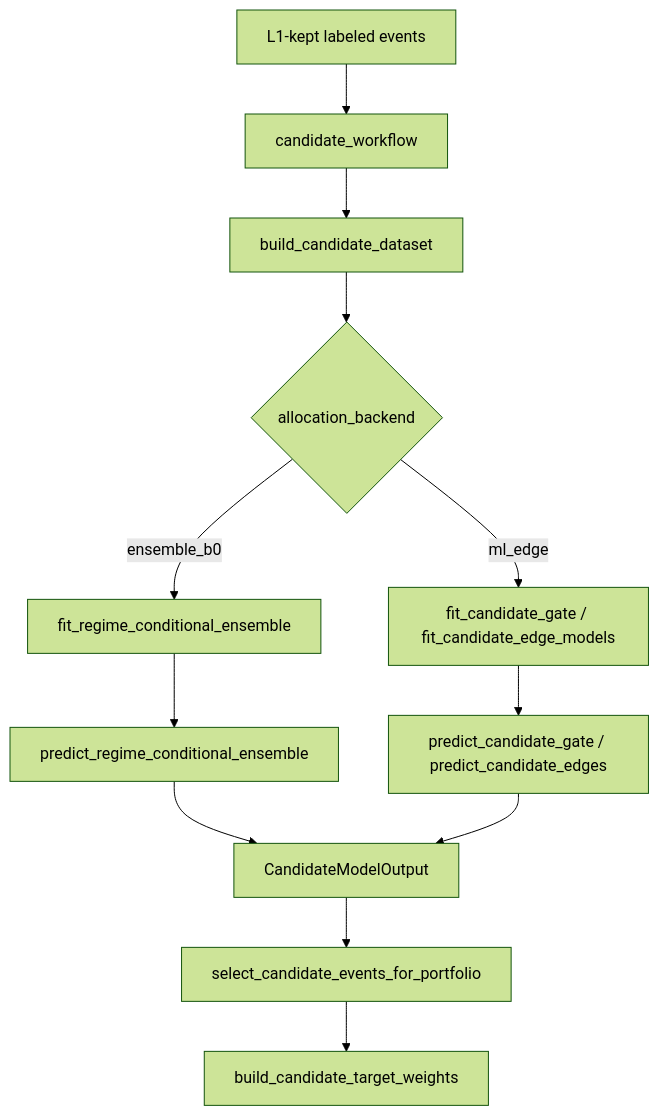
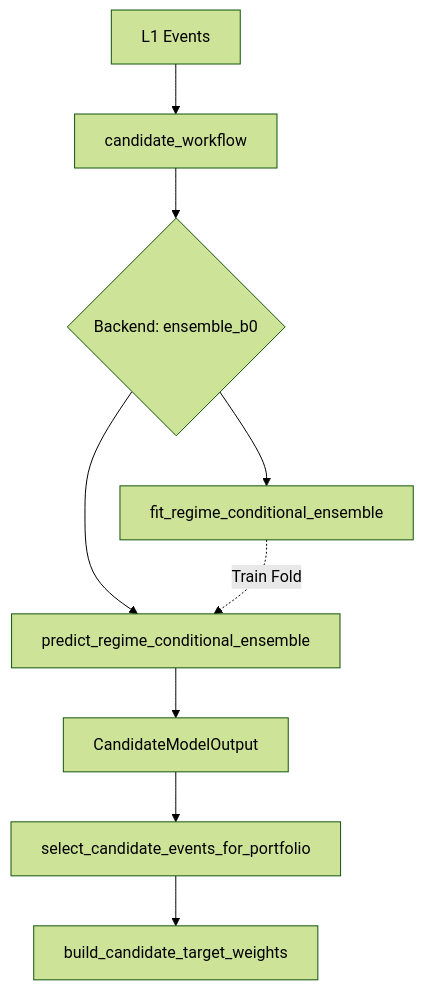
Before and after one commit to KTHYEONG/crypto-pilot: the diagram in docs/architecture/allocation.md, drawn with Mermaid (forest theme). The commit also changed other lines of this file and 1 other file, not shown here.

First line of the commit message:
docs(architecture): 아키텍처 문서 포맷 고도화 (allocation, signal)

````diff
--- a/docs/architecture/allocation.md
+++ b/docs/architecture/allocation.md
@@ -47,14 +52,11 @@
 ```mermaid
 graph TD
-    A[L1-kept labeled events] --> B[candidate_workflow]
-    B --> C[build_candidate_dataset]
-    C --> D{allocation_backend}
-    D -->|ensemble_b0| E[fit_regime_conditional_ensemble]
-    D -->|ml_edge| F[fit_candidate_gate / fit_candidate_edge_models]
-    E --> G[predict_regime_conditional_ensemble]
-    F --> H[predict_candidate_gate / predict_candidate_edges]
-    G --> I[CandidateModelOutput]
-    H --> I
-    I --> J[select_candidate_events_for_portfolio]
-    J --> K[build_candidate_target_weights]
+    A[L1 Events] --> B[candidate_workflow]
+    B --> C{Backend: ensemble_b0}
+    C --> D[fit_regime_conditional_ensemble]
+    C --> E[predict_regime_conditional_ensemble]
+    D -.->|Train Fold| E
+    E --> F[CandidateModelOutput]
+    F --> G[select_candidate_events_for_portfolio]
+    G --> H[build_candidate_target_weights]
 ```
````
